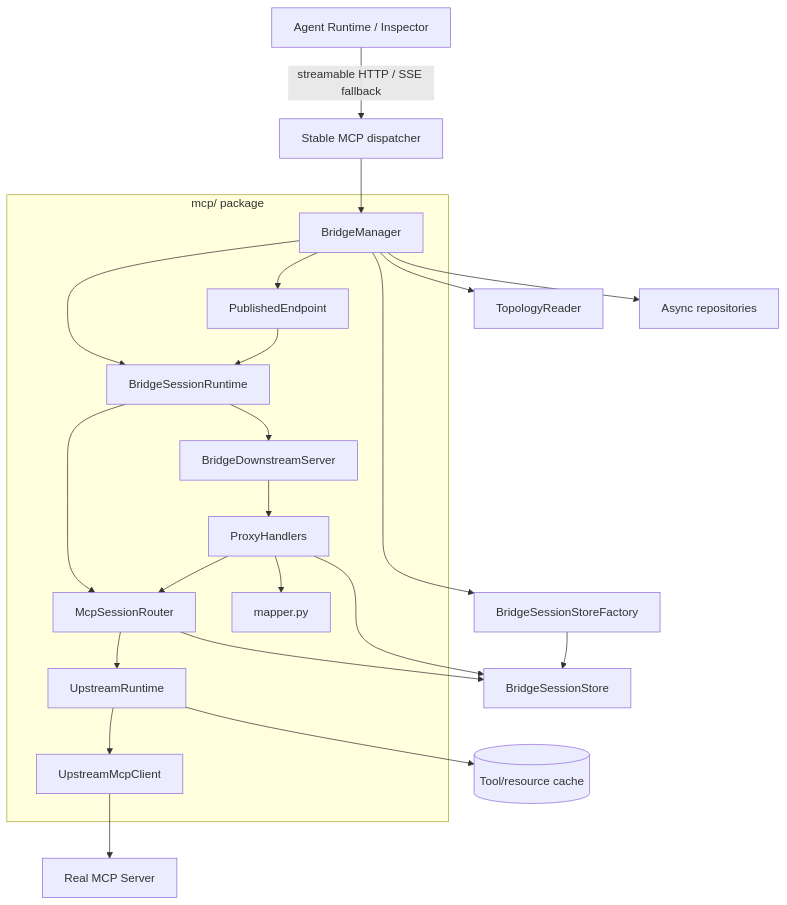
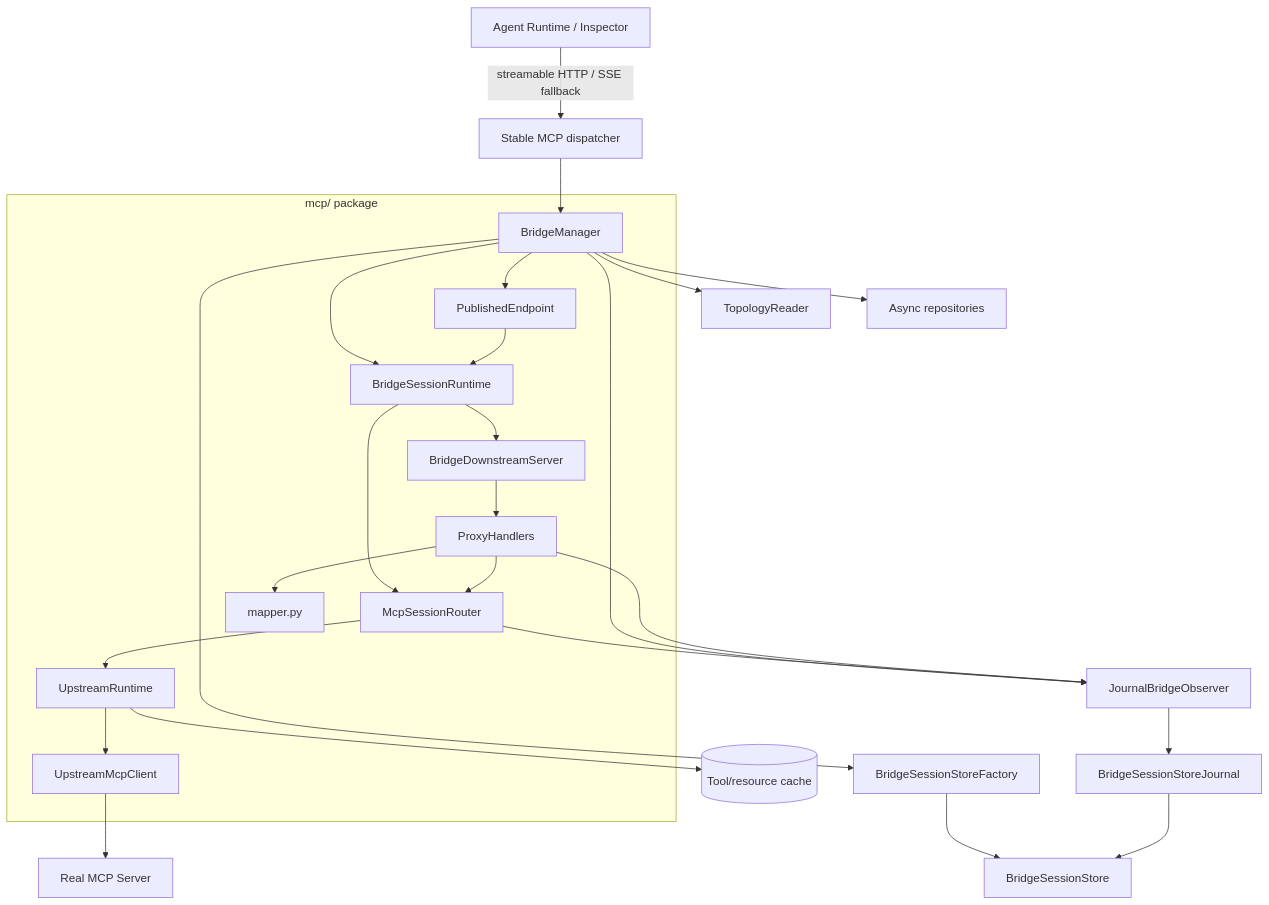
Before and after one commit to JilongSun/mcpapps-bridge: the second of 4 diagrams in docs/architecture/mcp-layer.md, drawn with Mermaid. The commit also changed other lines of this file and 30 other files, not shown here.

Commit message:
refactor(mcp): route bridge observations through session journal

````diff
--- a/docs/architecture/mcp-layer.md
+++ b/docs/architecture/mcp-layer.md
@@ -38,36 +39,39 @@
 ```mermaid
 flowchart TD
     Client["Agent Runtime / Inspector"] --> |"streamable HTTP / SSE fallback"| API["Stable MCP dispatcher"]
     API --> Manager["BridgeManager"]
     Manager --> Topology["TopologyReader"]
     Manager --> Endpoint["PublishedEndpoint"]
     Manager --> Repositories["Async repositories"]
     Manager --> Factory["BridgeSessionStoreFactory"]
     Manager --> SessionRuntime["BridgeSessionRuntime"]
     Endpoint --> SessionRuntime
     SessionRuntime --> Downstream["BridgeDownstreamServer"]
     Downstream --> Handlers["ProxyHandlers"]
     SessionRuntime --> Router["McpSessionRouter"]
     Handlers --> Router
     Router --> Runtime["UpstreamRuntime"]
     Runtime --> Upstream["UpstreamMcpClient"]
     Upstream --> Real["Real MCP Server"]
 
     Factory --> Store["BridgeSessionStore"]
-    Router --> Store
-    Handlers --> Store
+    Manager --> Observer["JournalBridgeObserver"]
+    Router --> Observer
+    Handlers --> Observer
+    Observer --> Journal["BridgeSessionStoreJournal"]
+    Journal --> Store
     Runtime --> Cache[("Tool/resource cache")]
     Handlers --> Mapper["mapper.py"]
 
     subgraph "mcp/ package"
         Manager
         Endpoint
         SessionRuntime
         Downstream
         Handlers
         Router
         Runtime
         Upstream
         Mapper
     end
 ```
````
